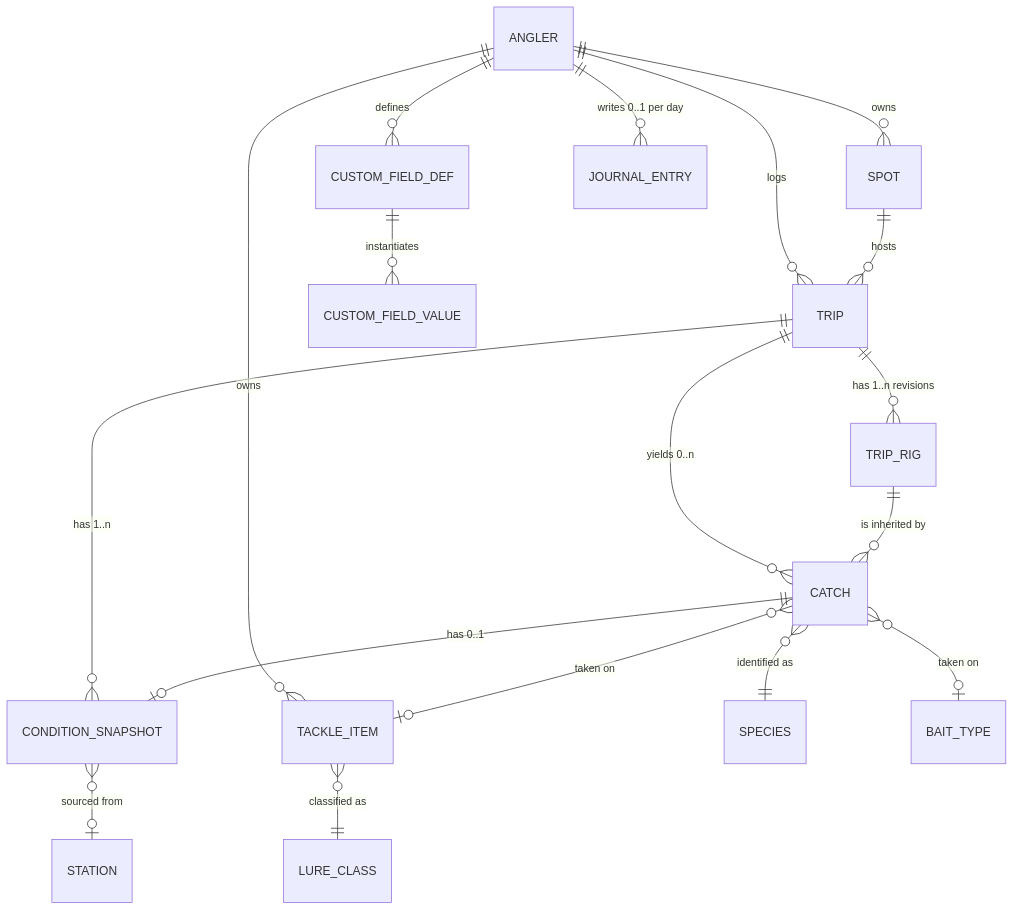
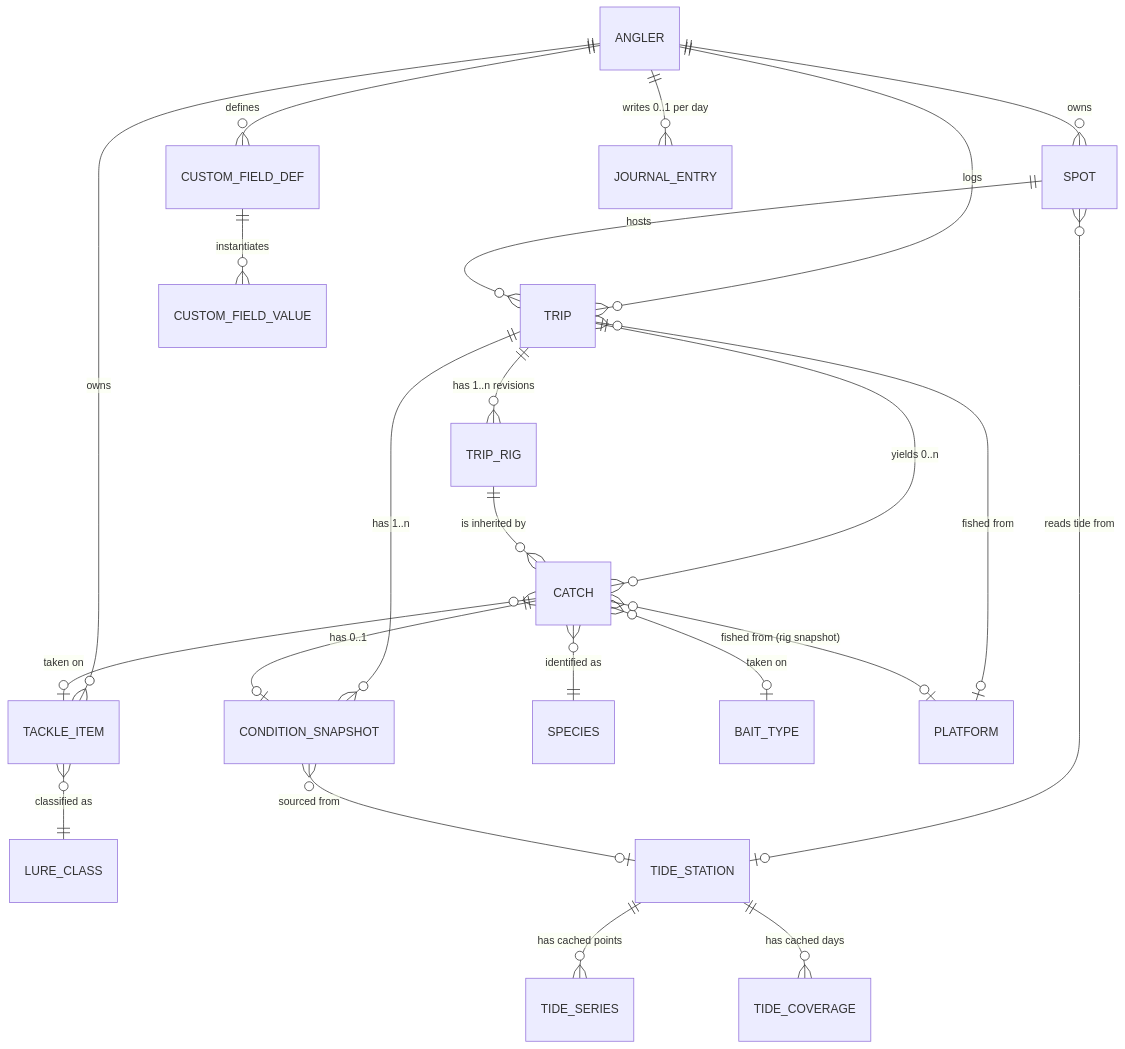
Before and after one commit to Etdev2/Fish_Log_Book: the first of 2 diagrams in docs/architecture/ontology.md, drawn with Mermaid. The commit also changed other lines of this file and 1 other file, not shown here.

First line of the commit message:
WIP: D25-D27 ontology and schema, interrupted mid-task

````diff
--- a/docs/architecture/ontology.md
+++ b/docs/architecture/ontology.md
@@ -22,20 +22,25 @@
 ```mermaid
 erDiagram
     ANGLER ||--o{ SPOT : "owns"
     ANGLER ||--o{ TRIP : "logs"
     ANGLER ||--o{ TACKLE_ITEM : "owns"
     ANGLER ||--o{ CUSTOM_FIELD_DEF : "defines"
     ANGLER ||--o{ JOURNAL_ENTRY : "writes 0..1 per day"
     SPOT ||--o{ TRIP : "hosts"
     TRIP ||--o{ CATCH : "yields 0..n"
     TRIP ||--o{ CONDITION_SNAPSHOT : "has 1..n"
     TRIP ||--o{ TRIP_RIG : "has 1..n revisions"
     TRIP_RIG ||--o{ CATCH : "is inherited by"
     CATCH ||--o| CONDITION_SNAPSHOT : "has 0..1"
     CATCH }o--|| SPECIES : "identified as"
     CATCH }o--o| TACKLE_ITEM : "taken on"
     TACKLE_ITEM }o--|| LURE_CLASS : "classified as"
     CATCH }o--o| BAIT_TYPE : "taken on"
-    CONDITION_SNAPSHOT }o--o| STATION : "sourced from"
+    TRIP }o--o| PLATFORM : "fished from"
+    CATCH }o--o| PLATFORM : "fished from (rig snapshot)"
+    SPOT }o--o| TIDE_STATION : "reads tide from"
+    TIDE_STATION ||--o{ TIDE_SERIES : "has cached points"
+    TIDE_STATION ||--o{ TIDE_COVERAGE : "has cached days"
+    CONDITION_SNAPSHOT }o--o| TIDE_STATION : "sourced from"
     CUSTOM_FIELD_DEF ||--o{ CUSTOM_FIELD_VALUE : "instantiates"
 ```
````
